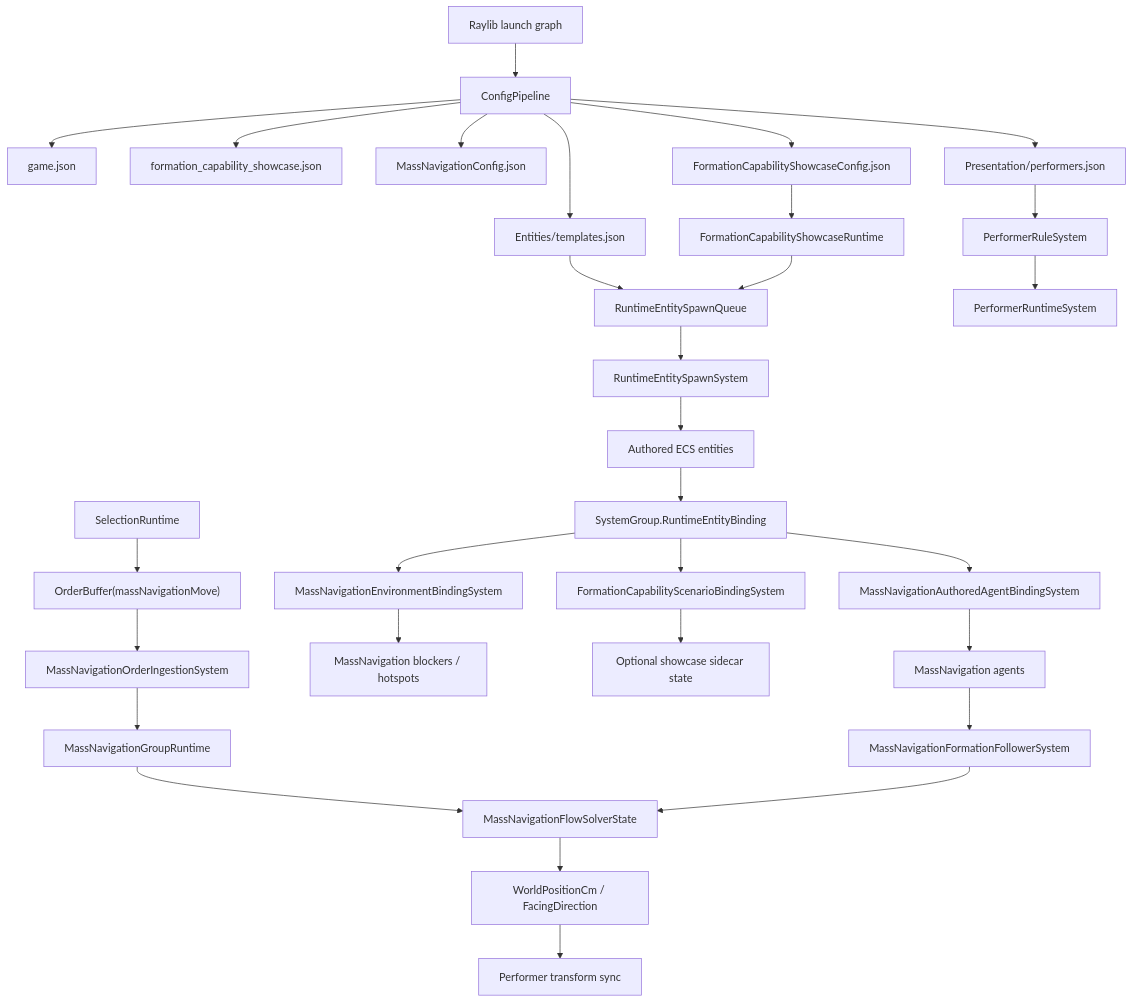
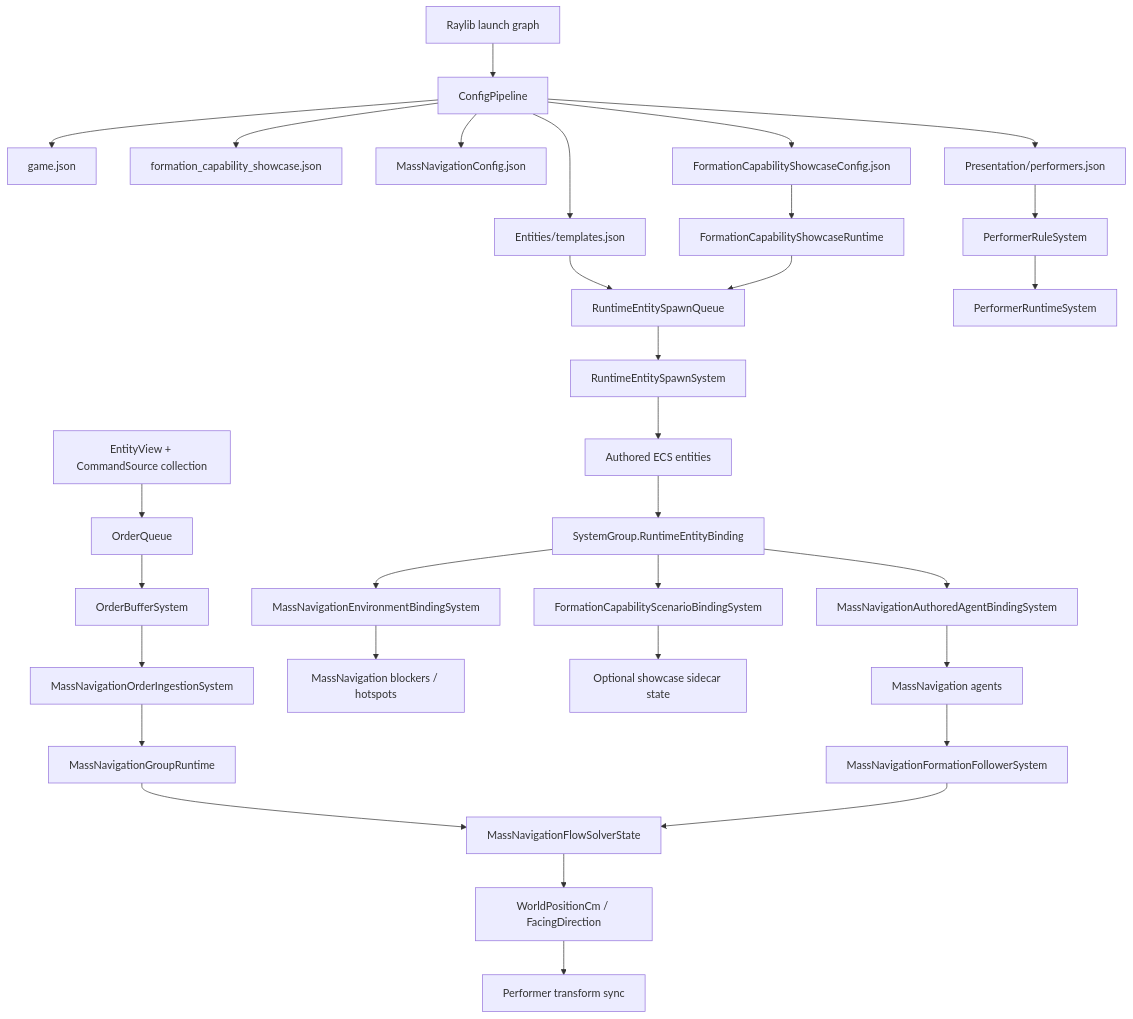
Before and after one commit to MightyBubble/Ludots: the first of 2 diagrams in gitbook/reference/mass-navigation-formal-chain.md, drawn with Mermaid. The commit also changed other lines of this file and 5 other files, not shown here.

````diff
--- a/gitbook/reference/mass-navigation-formal-chain.md
+++ b/gitbook/reference/mass-navigation-formal-chain.md
@@ -40,35 +40,36 @@
 ```mermaid
 flowchart TD
     Launch["Raylib launch graph"] --> Config["ConfigPipeline"]
     Config --> GameJson["game.json"]
     Config --> Map["formation_capability_showcase.json"]
     Config --> NavConfig["MassNavigationConfig.json"]
     Config --> TwConfig["FormationCapabilityShowcaseConfig.json"]
     Config --> Templates["Entities/templates.json"]
     Config --> Performers["Presentation/performers.json"]
 
     TwConfig --> Runtime["FormationCapabilityShowcaseRuntime"]
     Templates --> SpawnQueue["RuntimeEntitySpawnQueue"]
     Runtime --> SpawnQueue
     SpawnQueue --> SpawnSystem["RuntimeEntitySpawnSystem"]
     SpawnSystem --> World["Authored ECS entities"]
     World --> BindingGroup["SystemGroup.RuntimeEntityBinding"]
     BindingGroup --> AgentBinding["MassNavigationAuthoredAgentBindingSystem"]
     BindingGroup --> EnvBinding["MassNavigationEnvironmentBindingSystem"]
     BindingGroup --> TwBinding["FormationCapabilityScenarioBindingSystem"]
 
     AgentBinding --> Agents["MassNavigation agents"]
     EnvBinding --> Obstacles["MassNavigation blockers / hotspots"]
     TwBinding --> Formations["Optional showcase sidecar state"]
     Agents --> FollowerSync["MassNavigationFormationFollowerSystem"]
 
-    Selection["SelectionRuntime"] --> Orders["OrderBuffer(massNavigationMove)"]
-    Orders --> Ingestion["MassNavigationOrderIngestionSystem"]
+    Selection["EntityView + CommandSource collection"] --> OrderQueue["OrderQueue"]
+    OrderQueue --> OrderBuffer["OrderBufferSystem"]
+    OrderBuffer --> Ingestion["MassNavigationOrderIngestionSystem"]
     Ingestion --> Groups["MassNavigationGroupRuntime"]
     Groups --> Solver["MassNavigationFlowSolverState"]
     FollowerSync --> Solver
     Solver --> EcsState["WorldPositionCm / FacingDirection"]
     EcsState --> PerformerSync["Performer transform sync"]
     Performers --> PerformerRules["PerformerRuleSystem"]
     PerformerRules --> PerformerRuntime["PerformerRuntimeSystem"]
 ```
````
